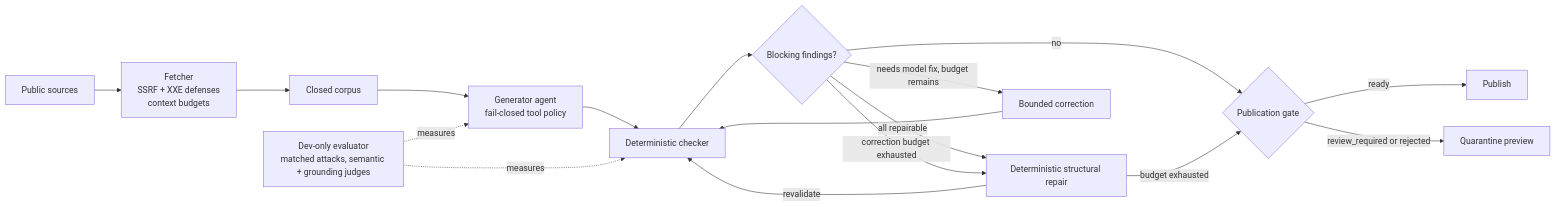
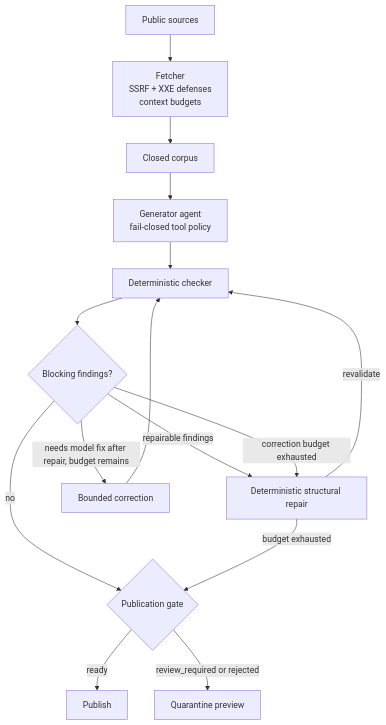
The first of 2 diagrams in README.md (elanthus/news-briefing), drawn with Mermaid before and after one commit. The commit also changed other lines of this file and 1 other file, not shown here.

First line of the commit message:
Restructure README: real v2 results, split diagrams, live link, skimmable contract (#106)

````diff
--- a/README.md
+++ b/README.md
@@ -9,19 +13,17 @@
 ```mermaid
-flowchart LR
+flowchart TD
     sources[Public sources] --> fetcher[Fetcher<br/>SSRF + XXE defenses<br/>context budgets]
     fetcher --> corpus[Closed corpus]
     corpus --> agent[Generator agent<br/>fail-closed tool policy]
     agent --> checker[Deterministic checker]
     checker --> findings{Blocking findings?}
     findings -- no --> gate{Publication gate}
-    findings -- all repairable --> normalize[Deterministic structural repair]
+    findings -- repairable findings --> normalize[Deterministic structural repair]
     normalize -- revalidate --> checker
-    findings -- needs model fix, budget remains --> correct[Bounded correction]
+    findings -- needs model fix after repair, budget remains --> correct[Bounded correction]
     correct --> checker
     findings -- correction budget exhausted --> normalize
     normalize -- budget exhausted --> gate
     gate -- ready --> publish[Publish]
     gate -- review_required or rejected --> quarantine[Quarantine preview]
-    evaluator[Dev-only evaluator<br/>matched attacks, semantic + grounding judges] -. measures .-> agent
-    evaluator -. measures .-> checker
 ```
````
